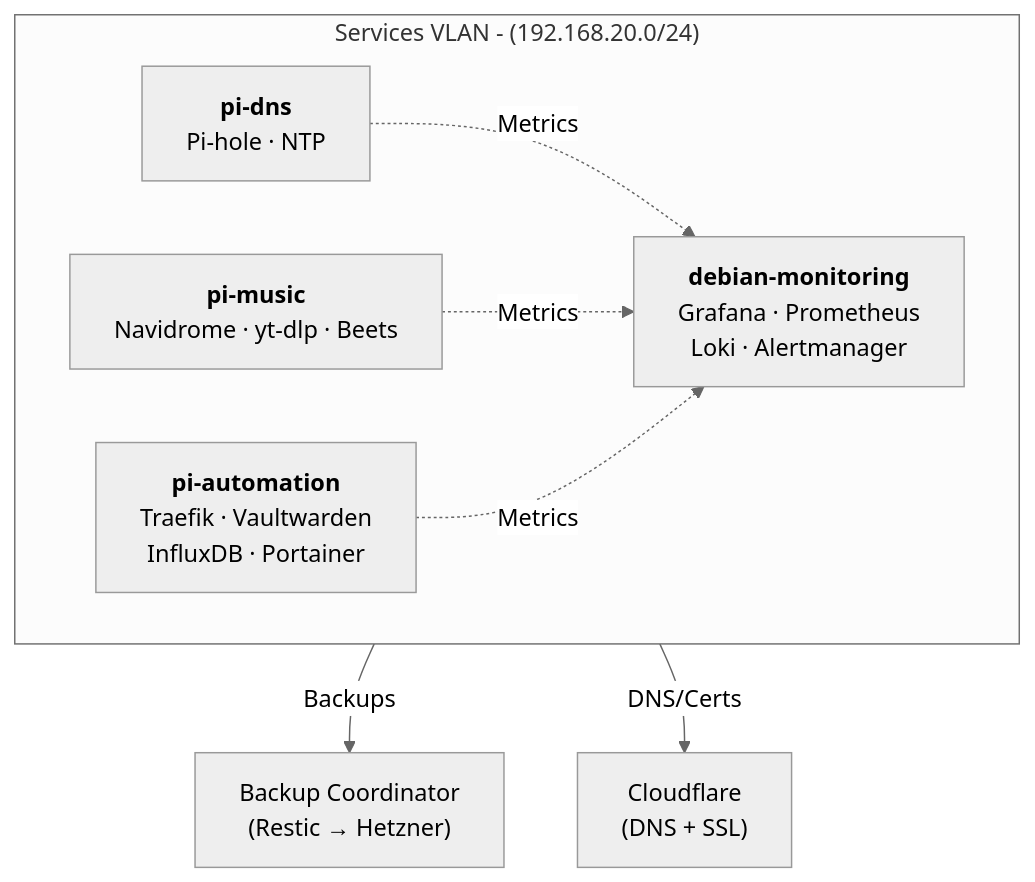
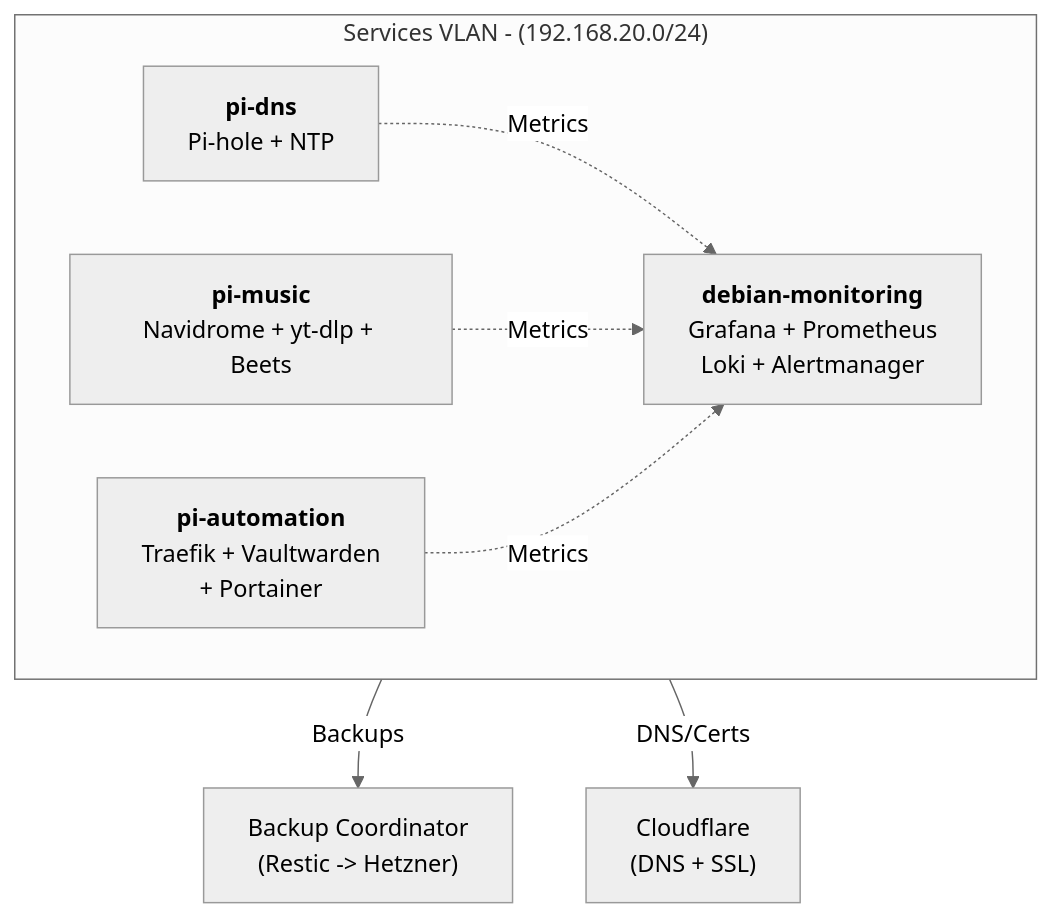
Before and after one commit to straightchlorine/cloud: the diagram in README.md, drawn with Mermaid (neutral theme).

Commit message:
doc: updated the readme a bit

````diff
--- a/README.md
+++ b/README.md
@@ -12,18 +12,18 @@
 ```mermaid
 graph TB
     subgraph VLAN["Services VLAN - (192.168.20.0/24)"]
         direction LR
-        dns["<b>pi-dns</b><br/>Pi-hole · NTP"]
-        music["<b>pi-music</b><br/>Navidrome · yt-dlp · Beets"]
-        automation["<b>pi-automation</b><br/>Traefik · Vaultwarden<br/>InfluxDB · Portainer"]
-        monitoring["<b>debian-monitoring</b><br/>Grafana · Prometheus<br/>Loki · Alertmanager"]
+        dns["<b>pi-dns</b><br/>Pi-hole + NTP"]
+        music["<b>pi-music</b><br/>Navidrome + yt-dlp + Beets"]
+        automation["<b>pi-automation</b><br/>Traefik + Vaultwarden<br/> + Portainer"]
+        monitoring["<b>debian-monitoring</b><br/>Grafana + Prometheus<br/>Loki + Alertmanager"]
     end
-    backup["Backup Coordinator<br/>(Restic → Hetzner)"]
+    backup["Backup Coordinator<br/>(Restic -> Hetzner)"]
     cloudflare["Cloudflare<br/>(DNS + SSL)"]
 
     VLAN -->|Backups| backup
     VLAN -->|DNS/Certs| cloudflare
     dns -.->|Metrics| monitoring
     music -.->|Metrics| monitoring
     automation -.->|Metrics| monitoring
 ```
````
